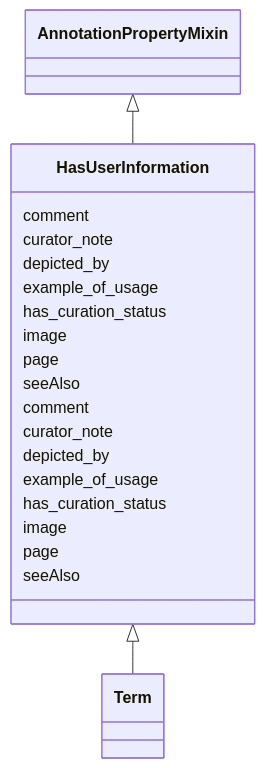
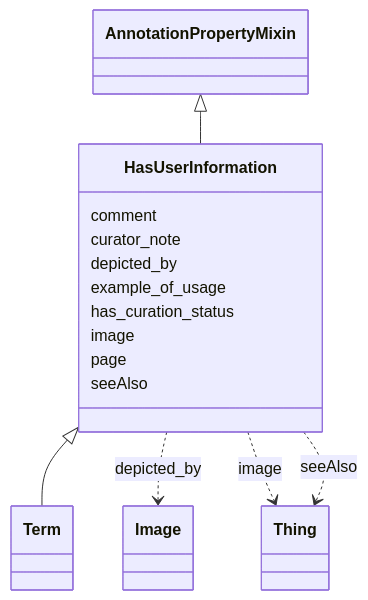
The diagram in ontology-metadata/HasUserInformation.md (INCATools/ontology-access-kit), drawn with Mermaid before and after one commit. The commit also changed other lines of this file and 1783 other files, not shown here.

````diff
--- a/ontology-metadata/HasUserInformation.md
+++ b/ontology-metadata/HasUserInformation.md
@@ -9,27 +9,33 @@
 ```{mermaid}
  classDiagram
     class HasUserInformation
       AnnotationPropertyMixin <|-- HasUserInformation
       
-      HasUserInformation : comment
-      HasUserInformation : curator_note
-      HasUserInformation : depicted_by
-      HasUserInformation : example_of_usage
-      HasUserInformation : has_curation_status
-      HasUserInformation : image
-      HasUserInformation : page
-      HasUserInformation : seeAlso
-      
 
       HasUserInformation <|-- Term
       
+      
       HasUserInformation : comment
+        
       HasUserInformation : curator_note
+        
       HasUserInformation : depicted_by
+        
+          HasUserInformation ..> Image : depicted_by
+        
       HasUserInformation : example_of_usage
+        
       HasUserInformation : has_curation_status
+        
       HasUserInformation : image
+        
+          HasUserInformation ..> Thing : image
+        
       HasUserInformation : page
+        
       HasUserInformation : seeAlso
+        
+          HasUserInformation ..> Thing : seeAlso
+        
       
 ```
````
